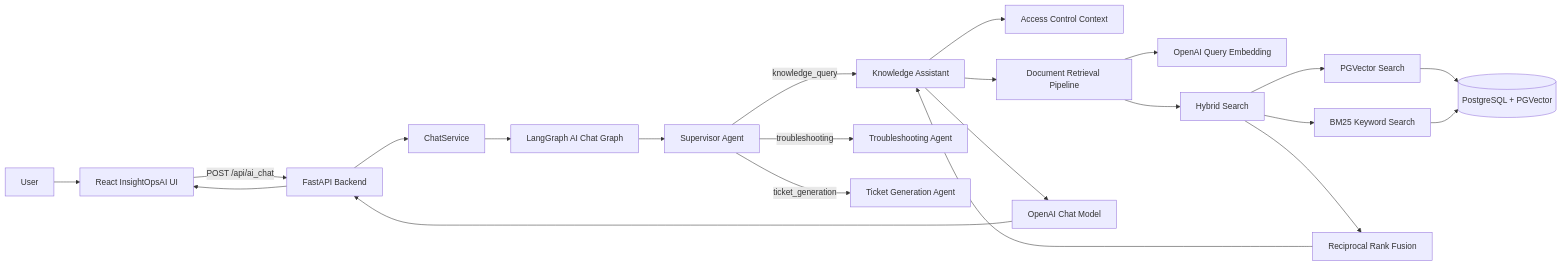
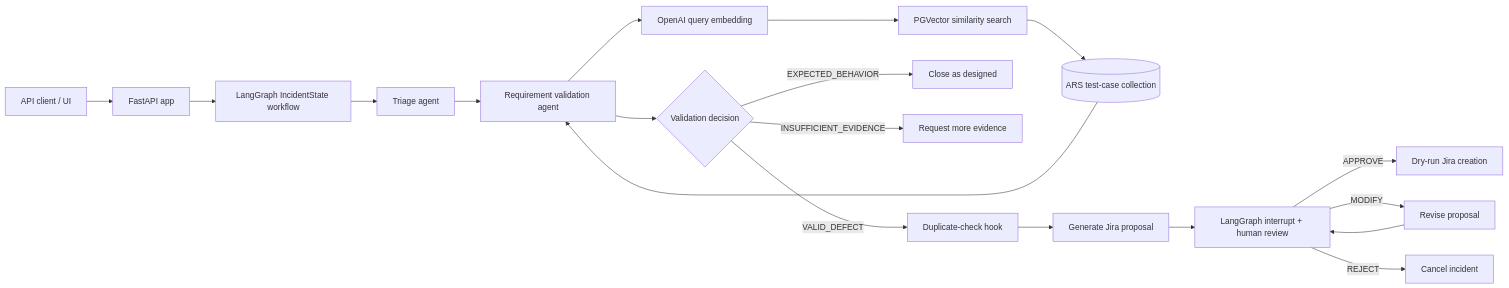
One commit to pramodsahoo568/IncidentOpsAI-Architecture changed the first of 3 diagrams in README.md. Above: the diagram before and after it, drawn with Mermaid. The commit also changed other lines of this file, not shown here.

Commit message:
diagrams Added

````diff
--- a/README.md
+++ b/README.md
@@ -97,24 +56,21 @@
 ```mermaid
 flowchart LR
-    User[User] --> UI[React InsightOpsAI UI]
-    UI -->|POST /api/ai_chat| API[FastAPI Backend]
-    API --> Service[ChatService]
-    Service --> Graph[LangGraph AI Chat Graph]
-    Graph --> Supervisor[Supervisor Agent]
-    Supervisor -->|knowledge_query| Knowledge[Knowledge Assistant]
-    Supervisor -->|troubleshooting| Troubleshooting[Troubleshooting Agent]
-    Supervisor -->|ticket_generation| Ticket[Ticket Generation Agent]
-    Knowledge --> Access[Access Control Context]
-    Knowledge --> Retriever[Document Retrieval Pipeline]
-    Retriever --> Embeddings[OpenAI Query Embedding]
-    Retriever --> Hybrid[Hybrid Search]
-    Hybrid --> Vector[PGVector Search]
-    Hybrid --> BM25[BM25 Keyword Search]
-    Vector --> DB[(PostgreSQL + PGVector)]
-    BM25 --> DB
-    Hybrid --> RRF[Reciprocal Rank Fusion]
-    RRF --> Knowledge
-    Knowledge --> LLM[OpenAI Chat Model]
-    LLM --> API
-    API --> UI
+    Client[API client / UI] --> API[FastAPI app]
+    API --> Graph[LangGraph IncidentState workflow]
+    Graph --> Triage[Triage agent]
+    Triage --> Validate[Requirement validation agent]
+    Validate --> Embed[OpenAI query embedding]
+    Embed --> Vector[PGVector similarity search]
+    Vector --> KB[(ARS test-case collection)]
+    KB --> Validate
+    Validate --> Decision{Validation decision}
+    Decision -->|EXPECTED_BEHAVIOR| Designed[Close as designed]
+    Decision -->|INSUFFICIENT_EVIDENCE| Evidence[Request more evidence]
+    Decision -->|VALID_DEFECT| Duplicate[Duplicate-check hook]
+    Duplicate --> Proposal[Generate Jira proposal]
+    Proposal --> HITL[LangGraph interrupt + human review]
+    HITL -->|APPROVE| Jira[Dry-run Jira creation]
+    HITL -->|MODIFY| Revise[Revise proposal]
+    Revise --> HITL
+    HITL -->|REJECT| Cancel[Cancel incident]
 ```
````
